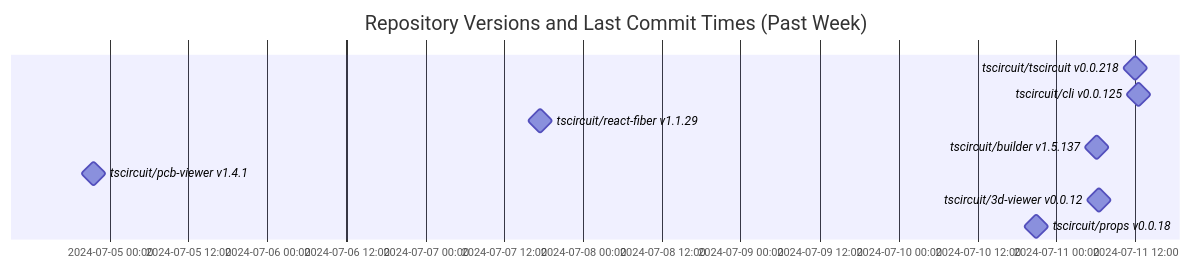
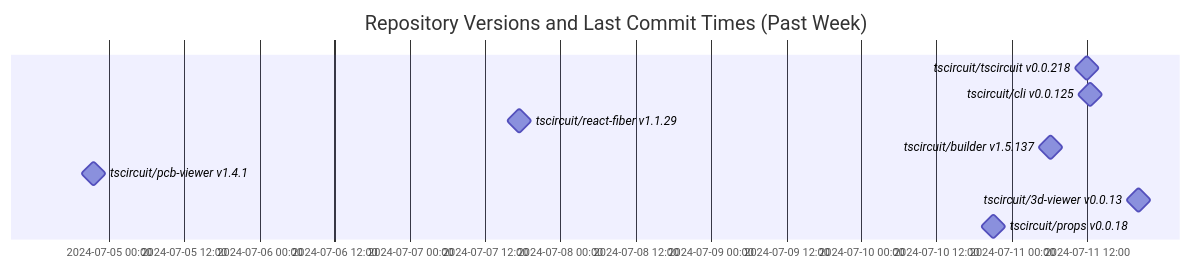
One commit to tscircuit/version-tracker changed the diagram in README.md. Above: the diagram before and after it, drawn with Mermaid.

Commit message:
Update chart

````diff
--- a/README.md
+++ b/README.md
@@ -1,14 +1,14 @@
 ```mermaid
 gantt
   dateFormat  YYYY-MM-DD HH:mm:ss
   title Repository Versions and Last Commit Times (Past Week)
   axisFormat %Y-%m-%d %H:%M
 
   tscircuit/tscircuit v0.0.218 : milestone, 2024-07-11 11:58:00, 1s
   tscircuit/cli v0.0.125 : milestone, 2024-07-11 12:30:21, 1s
   tscircuit/react-fiber v1.1.29 : milestone, 2024-07-07 17:23:26, 1s
   tscircuit/builder v1.5.137 : milestone, 2024-07-11 06:10:19, 1s
   tscircuit/pcb-viewer v1.4.1 : milestone, 2024-07-04 21:31:51, 1s
-  tscircuit/3d-viewer v0.0.12 : milestone, 2024-07-11 06:31:56, 1s
+  tscircuit/3d-viewer v0.0.13 : milestone, 2024-07-11 20:12:35, 1s
   tscircuit/props v0.0.18 : milestone, 2024-07-10 20:59:29, 1s
 ```
````
